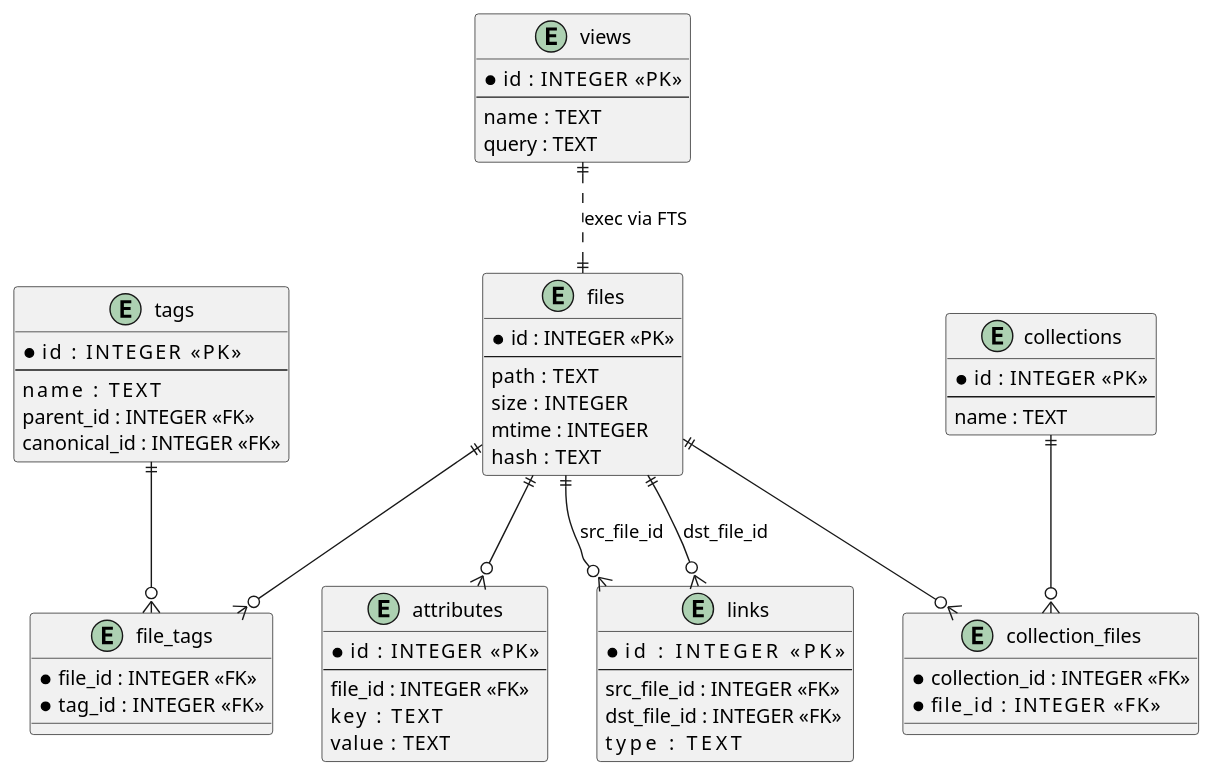
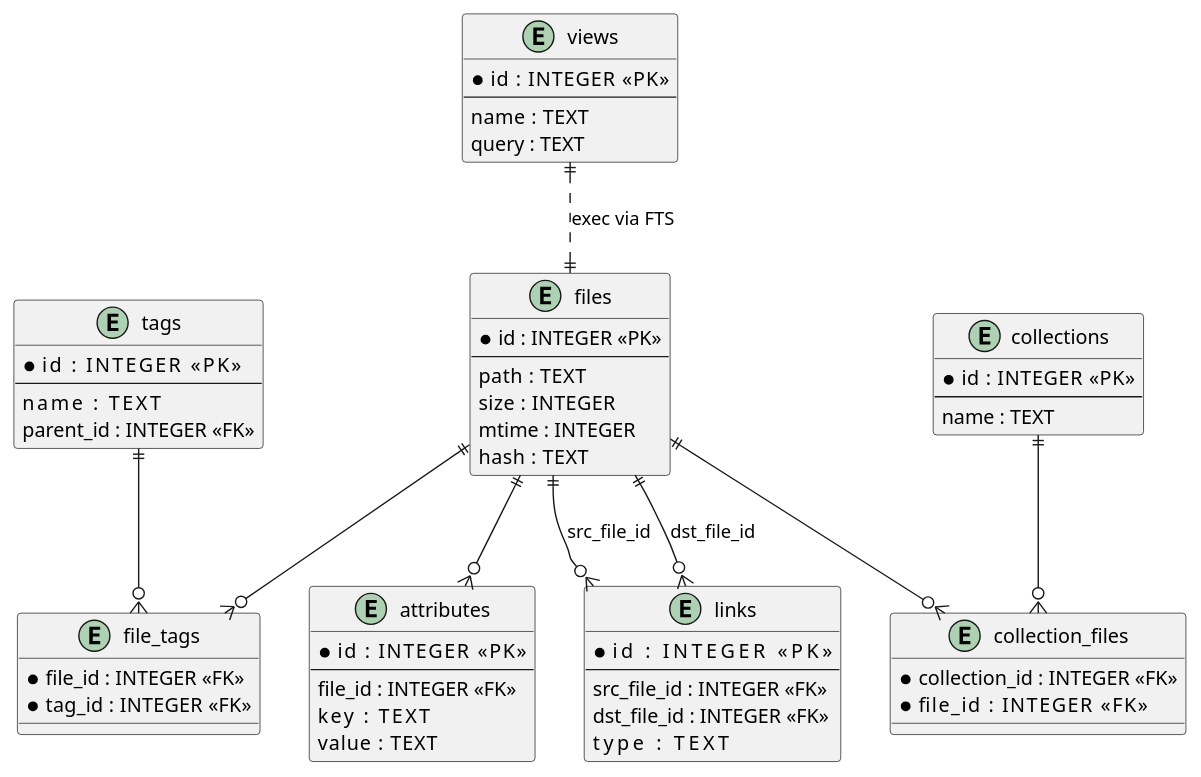
Before and after one commit to PR0M3TH3AN/Marlin: the diagram in docs/adr/DP-001_schema_v1.1.md, drawn with PlantUML. The commit also changed other lines of this file and 2 other files, not shown here.

Commit message:
Update docs for tag alias schema change

````diff
--- a/docs/adr/DP-001_schema_v1.1.md
+++ b/docs/adr/DP-001_schema_v1.1.md
@@ -45,72 +45,71 @@
 ```plantuml
 @startuml
 entity files {
   * id : INTEGER <<PK>>
   --
     path  : TEXT
     size  : INTEGER
     mtime : INTEGER
     hash  : TEXT
 }
 
 entity tags {
   * id        : INTEGER <<PK>>
   --
     name      : TEXT
     parent_id : INTEGER <<FK>>
-    canonical_id : INTEGER <<FK>>
 }
 
 entity file_tags {
   * file_id : INTEGER <<FK>>
   * tag_id  : INTEGER <<FK>>
 }
 
 entity attributes {
   * id      : INTEGER <<PK>>
   --
     file_id : INTEGER <<FK>>
     key     : TEXT
     value   : TEXT
 }
 
 entity links {
   * id            : INTEGER <<PK>>
   --
     src_file_id : INTEGER <<FK>>
     dst_file_id : INTEGER <<FK>>
     type        : TEXT
 }
 
 entity collections {
   * id   : INTEGER <<PK>>
   --
     name : TEXT
 }
 
 entity collection_files {
   * collection_id : INTEGER <<FK>>
   * file_id       : INTEGER <<FK>>
 }
 
 entity views {
   * id    : INTEGER <<PK>>
   --
     name  : TEXT
     query : TEXT
 }
 
 files          ||--o{ file_tags
 tags           ||--o{ file_tags
 
 files          ||--o{ attributes
 
 files          ||--o{ links : "src_file_id"
 files          ||--o{ links : "dst_file_id"
 
 collections    ||--o{ collection_files
 files          ||--o{ collection_files
 
 views          ||..|| files : "exec via FTS"
 @enduml
 ```
````
